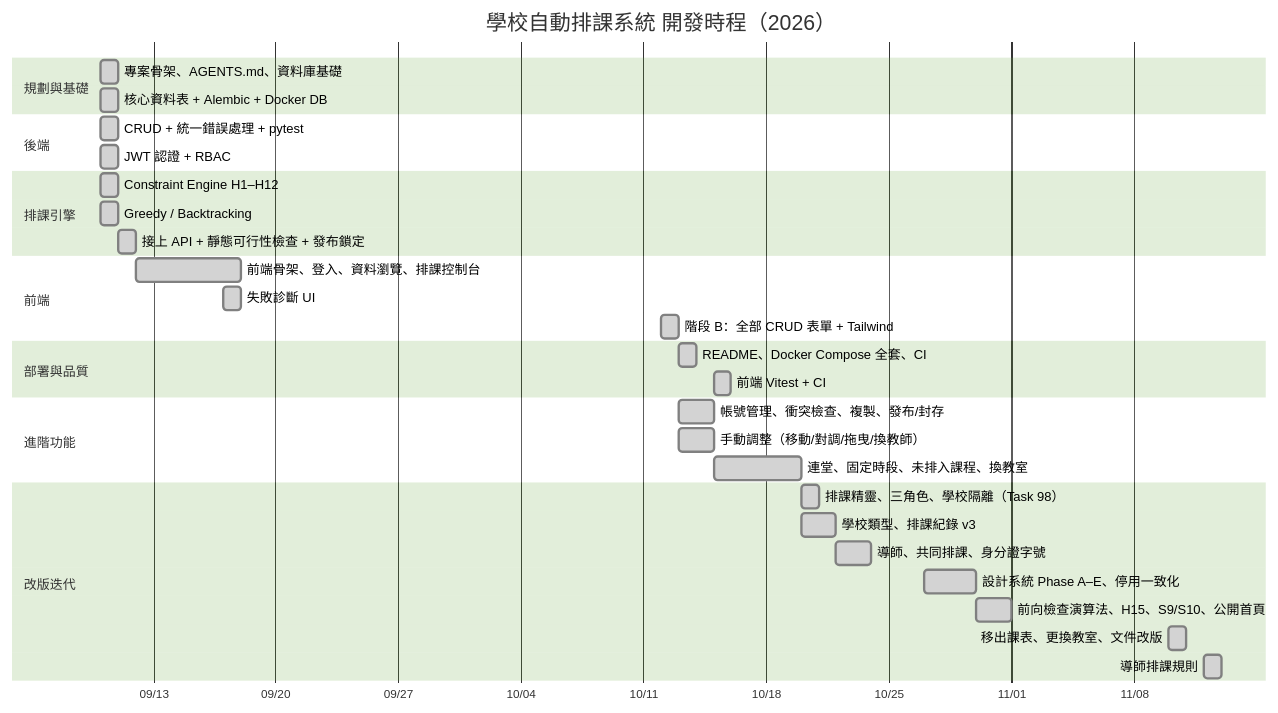
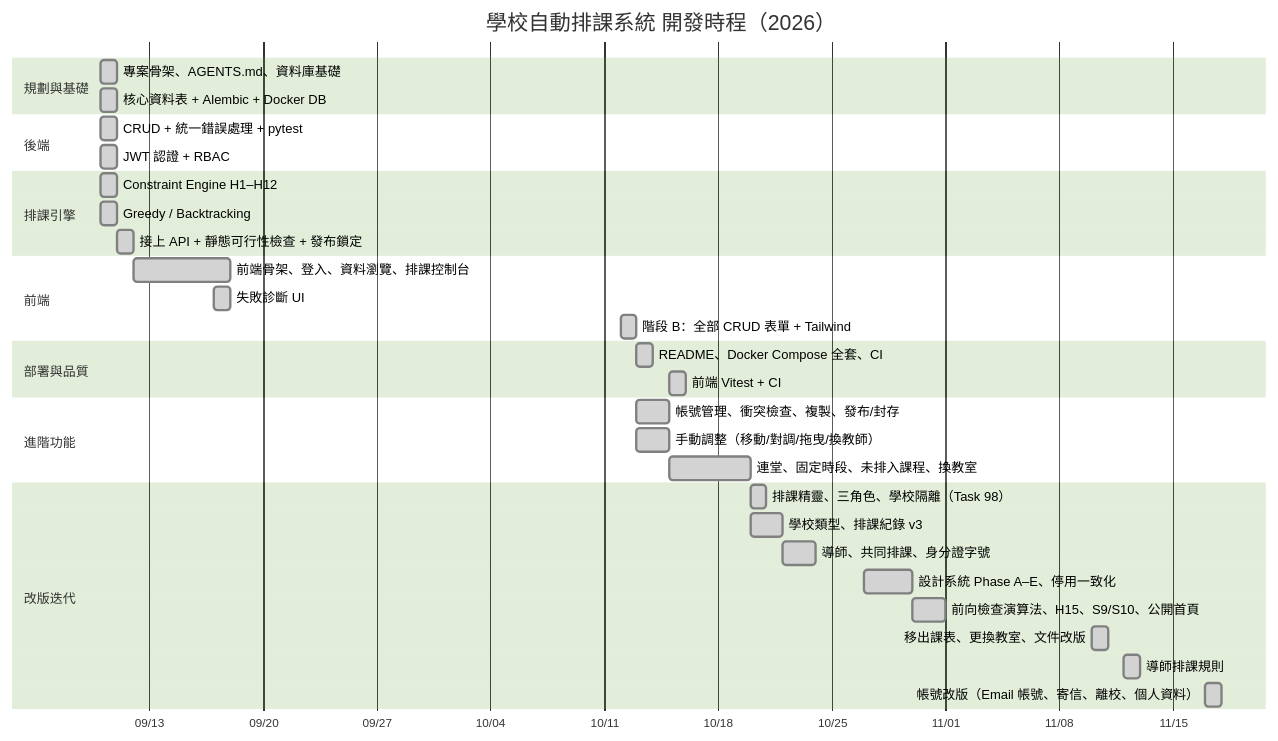
One commit to aaachun18/elementary-school-timetable changed the second of 21 diagrams in docs/SYSTEM_ANALYSIS_PRESENTATION.md. Above: the diagram before and after it, drawn with Mermaid (forest theme). The commit also changed other lines of this file and 60 other files, not shown here.

First line of the commit message:
feat: 帳號改版——Email 帳號與寄信、離校、個人資料頁、教學組長可排課，移除身分證字號與帳號刪除，登入框置中

````diff
--- a/docs/SYSTEM_ANALYSIS_PRESENTATION.md
+++ b/docs/SYSTEM_ANALYSIS_PRESENTATION.md
@@ -170,42 +170,43 @@
 ```mermaid
 gantt
     title 學校自動排課系統 開發時程（2026）
     dateFormat  YYYY-MM-DD
     axisFormat  %m/%d
 
     section 規劃與基礎
     專案骨架、AGENTS.md、資料庫基礎        :done, p1, 2026-09-10, 1d
     核心資料表 + Alembic + Docker DB        :done, p2, 2026-09-10, 1d
 
     section 後端
     CRUD + 統一錯誤處理 + pytest            :done, b1, 2026-09-10, 1d
     JWT 認證 + RBAC                        :done, b2, 2026-09-10, 1d
 
     section 排課引擎
     Constraint Engine H1–H12               :done, e1, 2026-09-10, 1d
     Greedy / Backtracking                  :done, e2, 2026-09-10, 1d
     接上 API + 靜態可行性檢查 + 發布鎖定    :done, e3, 2026-09-11, 1d
 
     section 前端
     前端骨架、登入、資料瀏覽、排課控制台    :done, f1, 2026-09-12, 6d
     失敗診斷 UI                            :done, f2, 2026-09-17, 1d
     階段 B：全部 CRUD 表單 + Tailwind       :done, f3, 2026-10-12, 1d
 
     section 部署與品質
     README、Docker Compose 全套、CI         :done, d1, 2026-10-13, 1d
     前端 Vitest + CI                        :done, d2, 2026-10-15, 1d
 
     section 進階功能
     帳號管理、衝突檢查、複製、發布/封存      :done, a1, 2026-10-13, 2d
     手動調整（移動/對調/拖曳/換教師）        :done, a2, 2026-10-13, 2d
     連堂、固定時段、未排入課程、換教室       :done, a3, 2026-10-15, 5d
 
     section 改版迭代
     排課精靈、三角色、學校隔離（Task 98）    :done, r1, 2026-10-20, 1d
     學校類型、排課紀錄 v3                   :done, r2, 2026-10-20, 2d
     導師、共同排課、身分證字號               :done, r3, 2026-10-22, 2d
     設計系統 Phase A–E、停用一致化           :done, r4, 2026-10-27, 3d
     前向檢查演算法、H15、S9/S10、公開首頁    :done, r5, 2026-10-30, 2d
     移出課表、更換教室、文件改版             :done, r6, 2026-11-10, 1d
     導師排課規則                            :done, r7, 2026-11-12, 1d
+    帳號改版（Email 帳號、寄信、離校、個人資料） :done, r8, 2026-11-17, 1d
 ```
````
